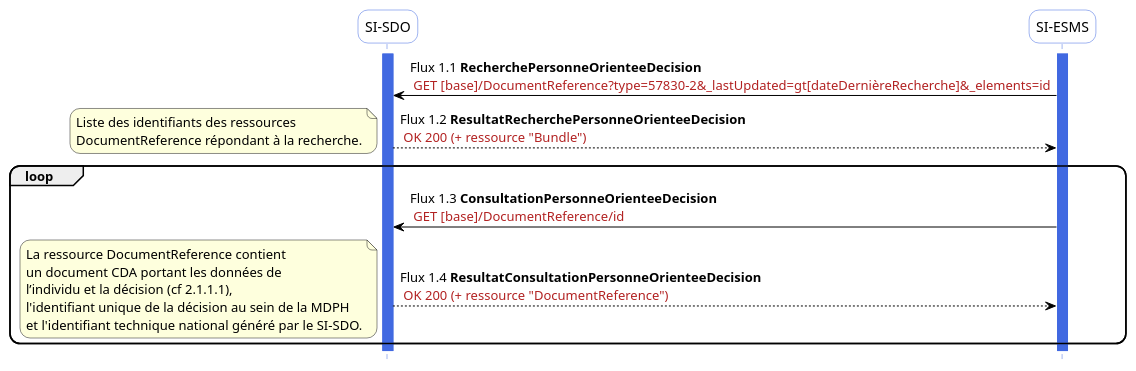
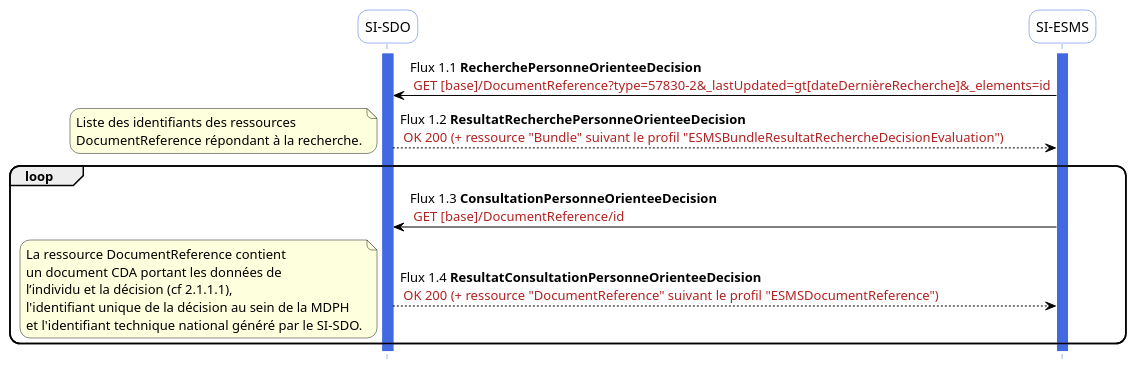
Before and after one commit to ansforge/IG-fhir-medicosocial-suivi-decisions-orientation: the diagram in input/images-source/flux1.plantuml, drawn with PlantUML. The commit also changed 4 other files, not shown here.

Commit message:
Ajout nom de profil sur diagramme (#222)

```diff
--- a/input/images-source/flux1.plantuml
+++ b/input/images-source/flux1.plantuml
@@ -1,49 +1,49 @@
 @startuml flux1
 hide footbox
 
 skinparam sequence {
  arrowColor black
  ParticipantBorderColor RoyalBlue
  ParticipantBackgroundColor white
  LifeLineBorderColor RoyalBlue
  LifeLineBackgroundColor RoyalBlue
  ParticipantFontSize 14
  ParticipantFontName arial
  ParticipantPadding 20
 }
 skinparam  roundcorner 20
 
 
 participant "SI-SDO" as SDO
 participant "SI-ESMS" as ESMS
 activate SDO
 activate ESMS
 
 
 ESMS-[#black]> SDO : Flux 1.1 **RecherchePersonneOrienteeDecision** \n <color #FireBrick>GET [base]/DocumentReference?type=57830-2&_lastUpdated=gt[dateDernièreRecherche]&_elements=id</color>
-SDO-[#black]-> ESMS: Flux 1.2 **ResultatRecherchePersonneOrienteeDecision** \n <color #FireBrick>OK 200 (+ ressource "Bundle")</color>
+SDO-[#black]-> ESMS: Flux 1.2 **ResultatRecherchePersonneOrienteeDecision** \n <color #FireBrick>OK 200 (+ ressource "Bundle" suivant le profil "ESMSBundleResultatRechercheDecisionEvaluation")</color>
 
 note left
 Liste des identifiants des ressources 
 DocumentReference répondant à la recherche.
 end note
 
 loop
 
 ESMS-[#black]> SDO : Flux 1.3 **ConsultationPersonneOrienteeDecision** \n <color #FireBrick>GET [base]/DocumentReference/id</color>
-SDO-[#black]-> ESMS: Flux 1.4 **ResultatConsultationPersonneOrienteeDecision** \n <color #FireBrick>OK 200 (+ ressource "DocumentReference")</color>
+SDO-[#black]-> ESMS: Flux 1.4 **ResultatConsultationPersonneOrienteeDecision** \n <color #FireBrick>OK 200 (+ ressource "DocumentReference" suivant le profil "ESMSDocumentReference")</color>
 
 note left
 La ressource DocumentReference contient 
 un document CDA portant les données de 
 l’individu et la décision (cf 2.1.1.1), 
 l'identifiant unique de la décision au sein de la MDPH 
 et l'identifiant technique national généré par le SI-SDO.
 end note
 
 end loop
 
 
 deactivate SDO
 deactivate ESMS
 @enduml
```
